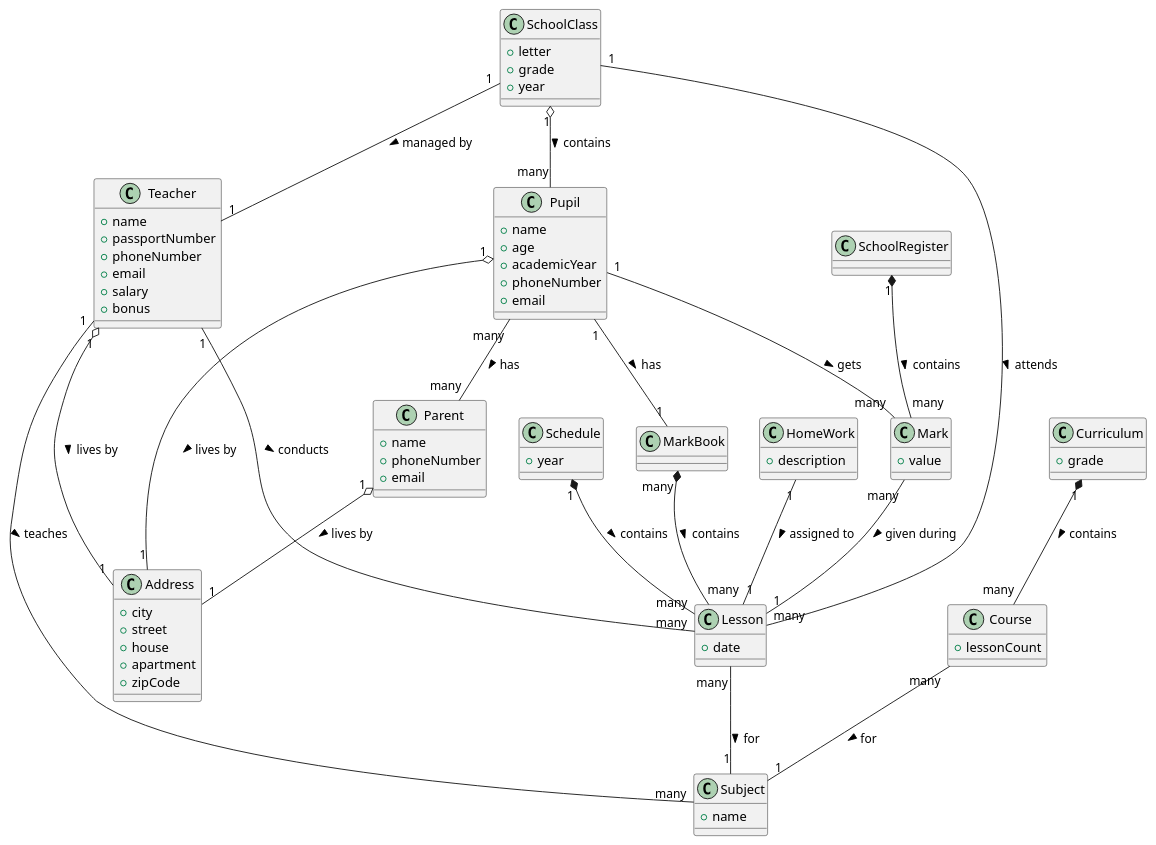
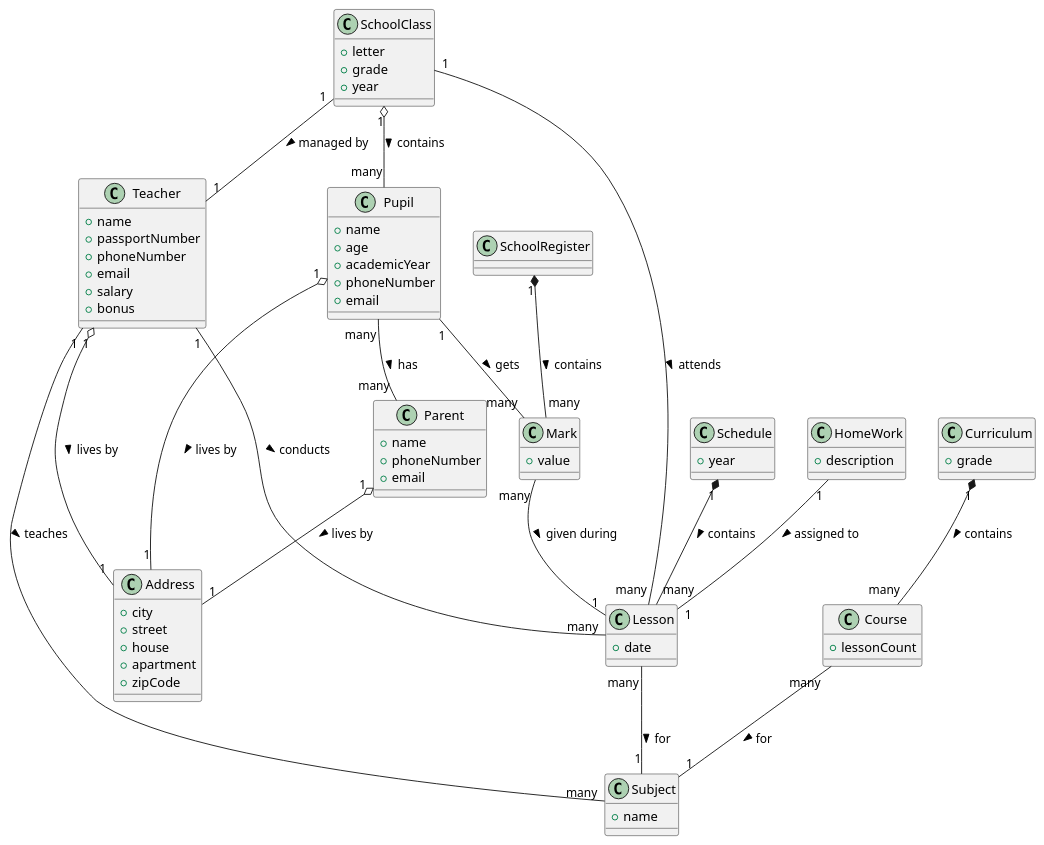
Before and after one commit to vzhuleho/microservices-school: the diagram in domain-model.puml, drawn with PlantUML. The commit also changed 3 other files, not shown here.

```diff
--- a/domain-model.puml
+++ b/domain-model.puml
@@ -1,98 +1,92 @@
 @startuml
 
 class Teacher {
     + name
     + passportNumber
     + phoneNumber
     + email
     + salary
     + bonus
 }
 
 class Subject {
     + name
 }
 
 class Pupil {
     + name
     + age
     + academicYear
     + phoneNumber
     + email
 }
 
 class Address {
     + city
     + street
     + house
     + apartment
     + zipCode
 }
 
 class Parent {
     + name
     + phoneNumber
     + email
 }
 
 class SchoolClass {
     + letter
     + grade
     + year
 }
 
 class Schedule {
     + year
 }
 
 class Lesson {
     + date
 }
 
 
 class Curriculum {
     + grade
 }
 
 class Course {
     + lessonCount
 }
 
 class SchoolRegister {
 
 }
 
 class Mark {
     + value
 }
 
-class MarkBook {
-
-}
-
 class HomeWork {
     + description
 }
 
 
 Pupil "1" o-- "1" Address : lives by >
 Parent "1" o-- "1" Address : lives by >
 Pupil "many" -- "many" Parent: has >
 Teacher "1" o-- "1" Address : lives by >
 Teacher "1" -- "many" Subject : teaches >
 SchoolClass "1" -- "1" Teacher: managed by >
 SchoolClass "1" o-- "many" Pupil: contains >
 Schedule "1" *-- "many" Lesson: contains >
 Teacher "1" -- "many" Lesson: conducts >
 SchoolClass "1" -- "many" Lesson: attends >
 Curriculum "1" *-- "many" Course: contains >
 Course "many" -- "1" Subject: for >
 SchoolRegister "1" *-- "many" Mark: contains >
 Mark "many" -- "1" Lesson: given during >
 Pupil "1" -- "many" Mark: gets >
-Pupil "1" -- "1" MarkBook: has >
-MarkBook "many" *-- "many" Lesson: contains >
 Lesson "many" -- "1" Subject: for >
 HomeWork "1" -- "1" Lesson: assigned to >
 
 @enduml
```
